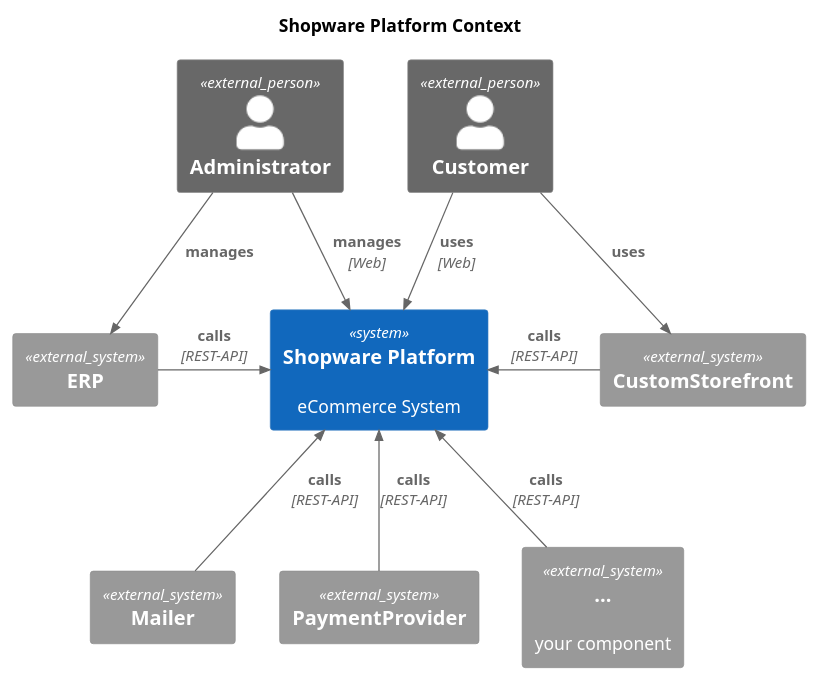
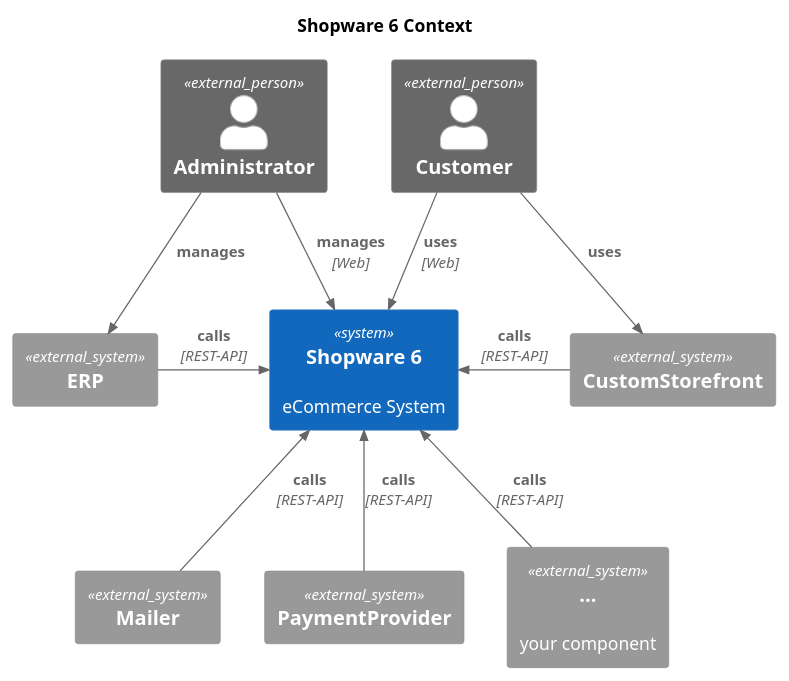
The diagram in src/Docs/_new/2-internals/_puml/platform-context.puml (shopware/shopware), drawn with PlantUML before and after one commit. The commit also changed 88 other files, not shown here.

Commit message:
NTR - Change Shopware platform into Shopware 6

```diff
--- a/src/Docs/_new/2-internals/_puml/platform-context.puml
+++ b/src/Docs/_new/2-internals/_puml/platform-context.puml
@@ -1,28 +1,28 @@
 @startuml LAYOUT_TOP_DOWN
 !includeurl https://raw.githubusercontent.com/RicardoNiepel/C4-PlantUML/release/1-0/C4_Context.puml
 
-title Shopware Platform Context
+title Shopware 6 Context
 
 Person_Ext(admin, "Administrator")
 Person_Ext(customer, "Customer")
 
-System(platform, "Shopware Platform", "eCommerce System")
+System(platform, "Shopware 6", "eCommerce System")
 
 System_Ext(erp, "ERP")
 System_Ext(mailer, "Mailer")
 System_Ext(paymentProvider, "PaymentProvider")
 System_Ext(customStorefront, "CustomStorefront")
 System_Ext(customComponent, "...", "your component")
 
 Rel_D(admin, platform, "manages", "Web")
 Rel_D(admin, erp, "manages")
 Rel_D(customer, platform, "uses", "Web")
 Rel_D(customer, customStorefront, "uses")
 
 Rel_R(erp, platform, "calls", "REST-API")
 Rel_U(mailer, platform, "calls", "REST-API")
 Rel_L(customStorefront, platform, "calls", "REST-API")
 Rel_U(customComponent, platform, "calls", "REST-API")
 Rel_U(paymentProvider, platform, "calls", "REST-API")
 
 @enduml
```
